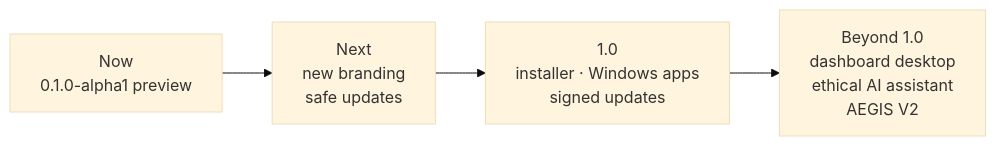
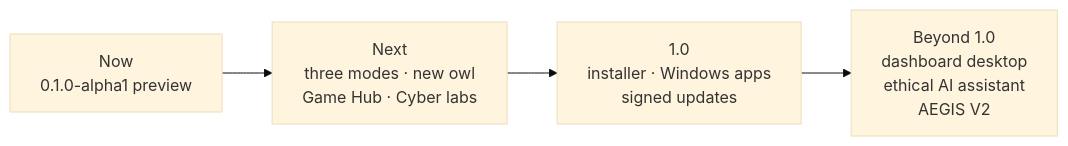
The diagram in README.md (hammakordani/AEGIS-README), drawn with Mermaid (base theme) before and after one commit. The commit also changed other lines of this file and 17 other files, not shown here.

First line of the commit message:
Update README: white Guardian Owl, three modes (Daily, Gaming, Cyber), mode transitions, safe switching

````diff
--- a/README.md
+++ b/README.md
@@ -119,6 +137,6 @@
 ```mermaid
 flowchart LR
-    A["Now<br/>0.1.0-alpha1 preview"] --> B["Next<br/>new branding<br/>safe updates"]
+    A["Now<br/>0.1.0-alpha1 preview"] --> B["Next<br/>three modes · new owl<br/>Game Hub · Cyber labs"]
     B --> C["1.0<br/>installer · Windows apps<br/>signed updates"]
     C --> D["Beyond 1.0<br/>dashboard desktop<br/>ethical AI assistant<br/>AEGIS V2"]
 ```
````
